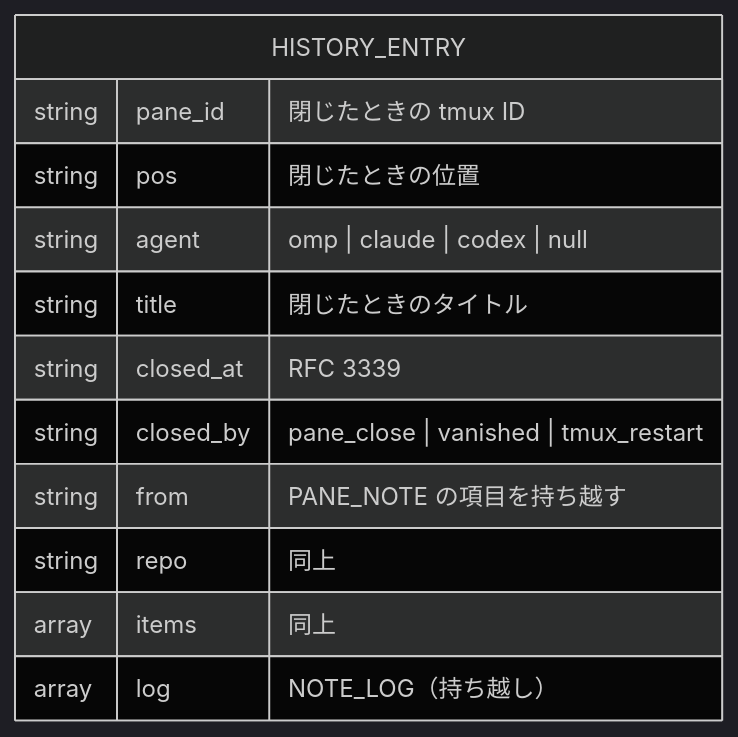
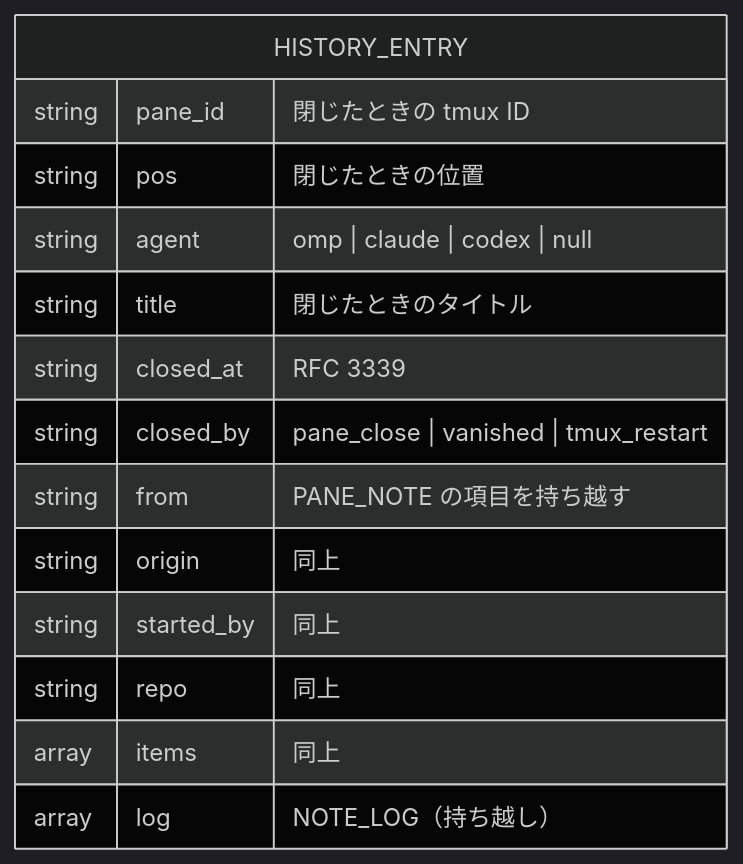
Before and after one commit to ousiassllc/swarm-console: the fifth of 5 diagrams in docs/architecture/er.md, drawn with Mermaid (dark theme). The commit also changed other lines of this file and 26 other files, not shown here.

First line of the commit message:
feat: メモに origin・started_by を足し、レポートで誰が始めたかを見分けられるようにする

````diff
--- a/docs/architecture/er.md
+++ b/docs/architecture/er.md
@@ -194,15 +198,17 @@
 ```mermaid
 erDiagram
     HISTORY_ENTRY {
         string pane_id "閉じたときの tmux ID"
         string pos "閉じたときの位置"
         string agent "omp | claude | codex | null"
         string title "閉じたときのタイトル"
         string closed_at "RFC 3339"
         string closed_by "pane_close | vanished | tmux_restart"
         string from "PANE_NOTE の項目を持ち越す"
+        string origin "同上"
+        string started_by "同上"
         string repo "同上"
         array items "同上"
         array log "NOTE_LOG（持ち越し）"
     }
 ```
````
